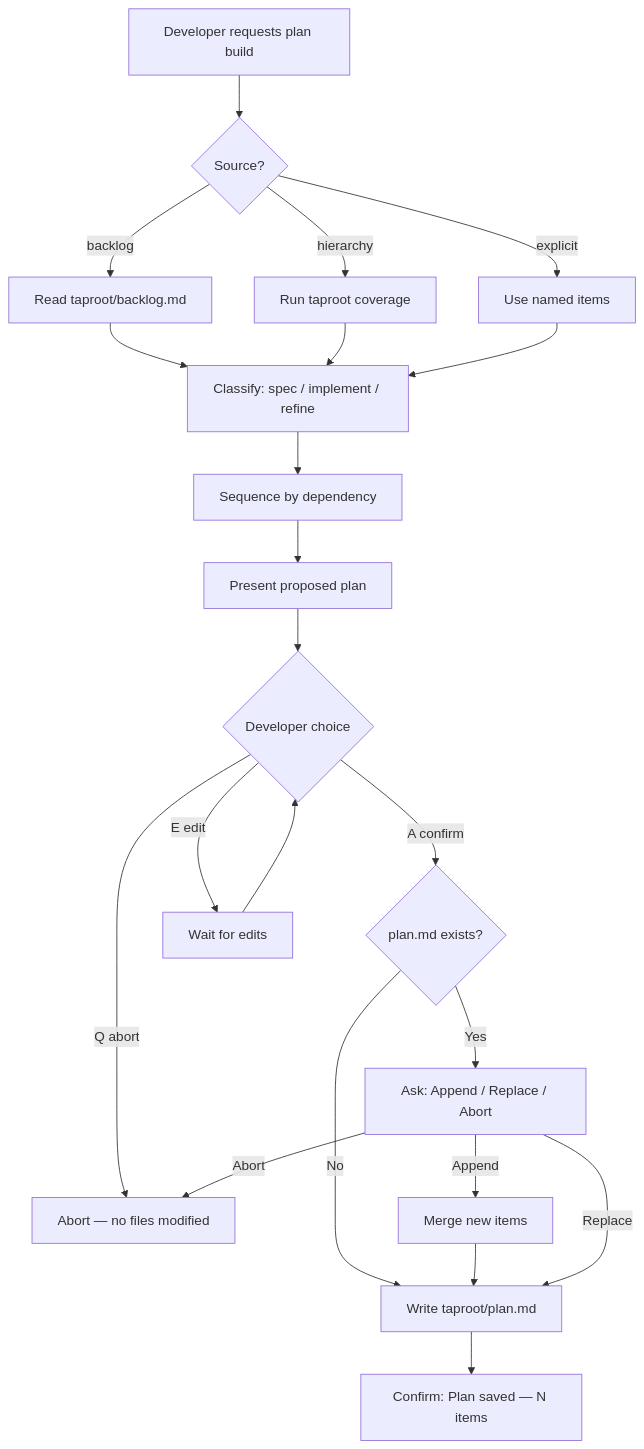
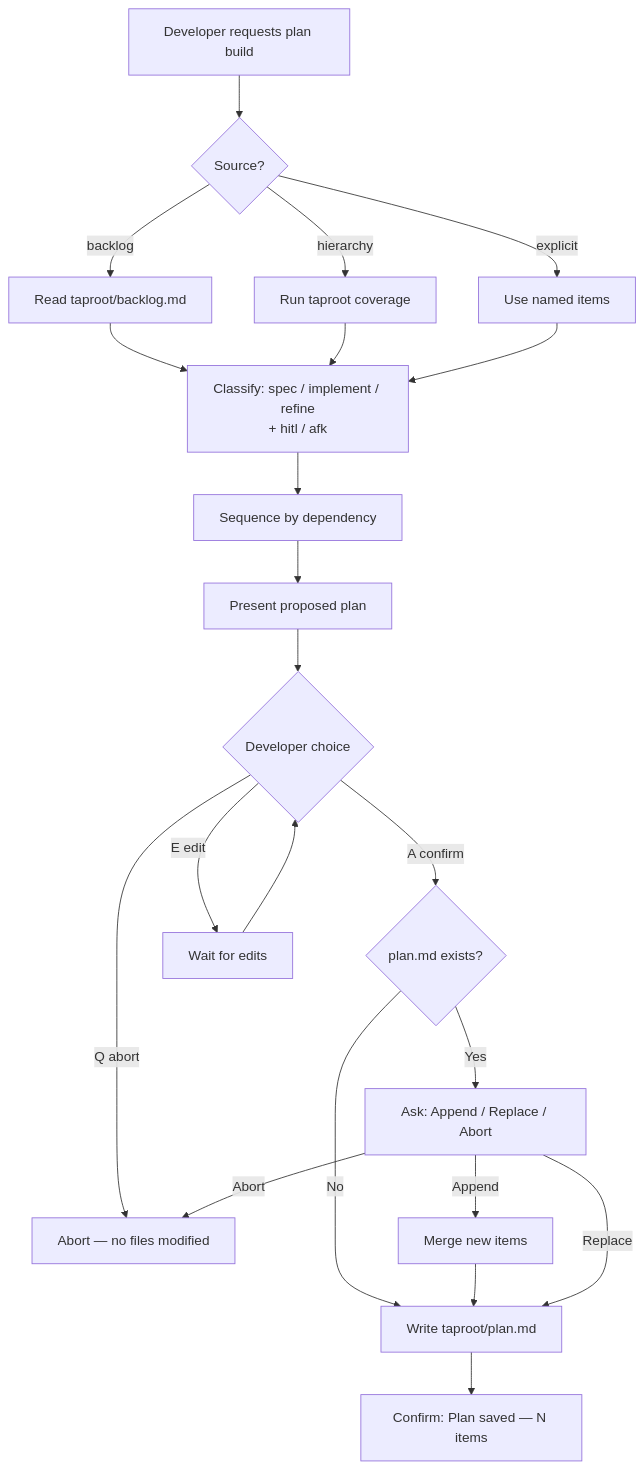
One commit to imix/taproot changed the diagram in taproot/specs/implementation-planning/build-plan/usecase.md. Above: the diagram before and after it, drawn with Mermaid. The commit also changed other lines of this file and 1 other file, not shown here.

Commit message:
refine(implementation-planning/build-plan): add hitl/afk classification to plan items

````diff
--- a/taproot/specs/implementation-planning/build-plan/usecase.md
+++ b/taproot/specs/implementation-planning/build-plan/usecase.md
@@ -80,20 +92,20 @@
 ```mermaid
 flowchart TD
     A[Developer requests plan build] --> B{Source?}
     B -->|backlog| C[Read taproot/backlog.md]
     B -->|hierarchy| D[Run taproot coverage]
     B -->|explicit| E[Use named items]
-    C & D & E --> F[Classify: spec / implement / refine]
+    C & D & E --> F[Classify: spec / implement / refine\n+ hitl / afk]
     F --> G[Sequence by dependency]
     G --> H[Present proposed plan]
     H --> I{Developer choice}
     I -->|A confirm| J{plan.md exists?}
     I -->|E edit| K[Wait for edits] --> I
     I -->|Q abort| L[Abort — no files modified]
     J -->|No| M[Write taproot/plan.md]
     J -->|Yes| N[Ask: Append / Replace / Abort]
     N -->|Append| O[Merge new items] --> M
     N -->|Replace| M
     N -->|Abort| L
     M --> P[Confirm: Plan saved — N items]
 ```
````
